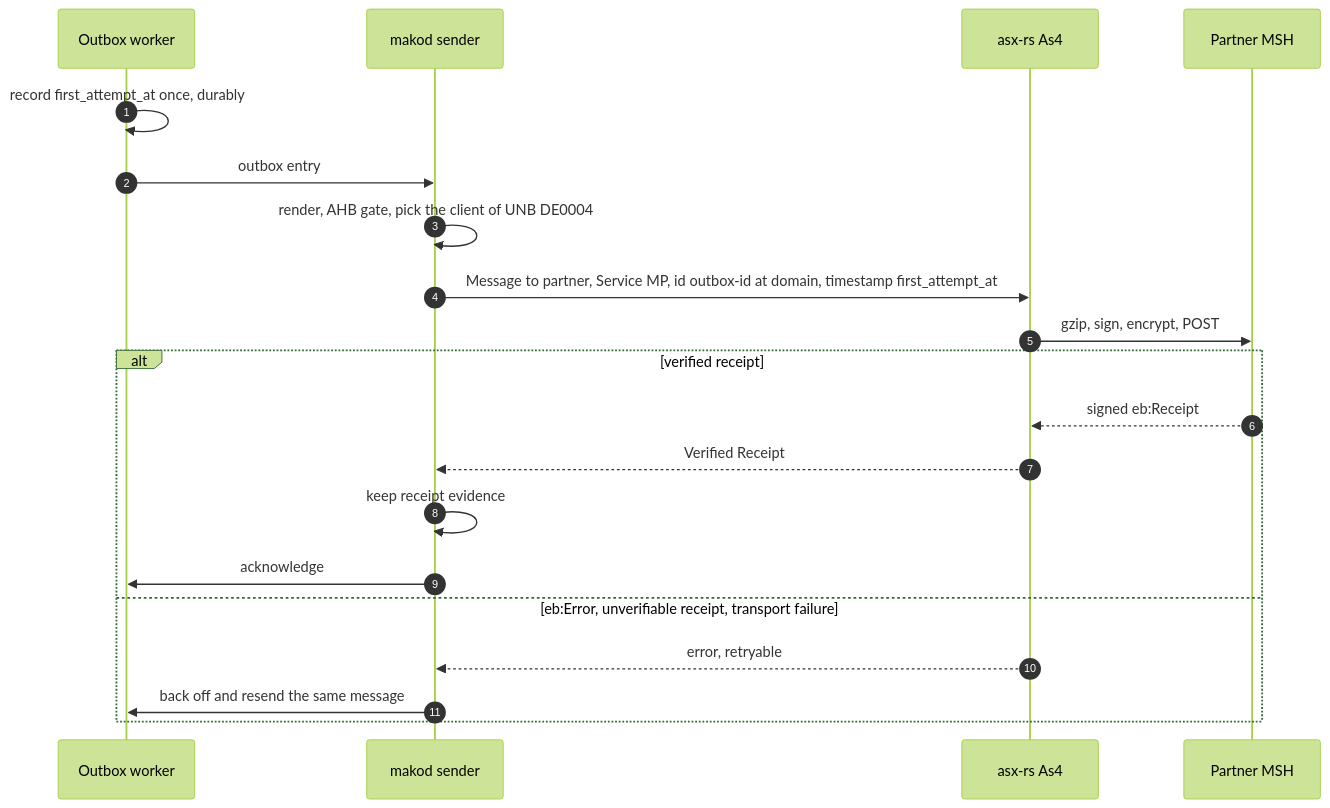
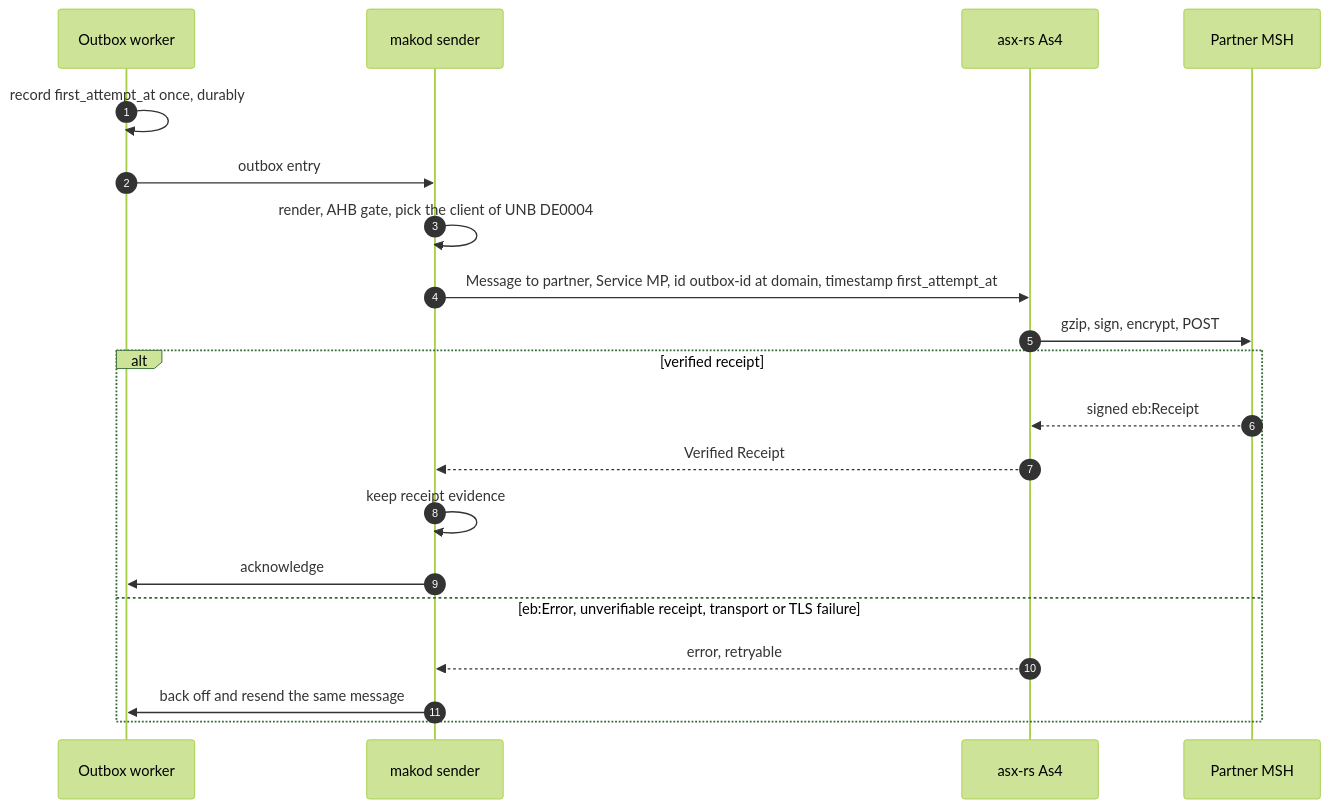
One commit to hupe1980/mako changed the second of 2 diagrams in site/content/docs/reference/as4-bdew.md. Above: the diagram before and after it, drawn with Mermaid (forest theme). The commit also changed other lines of this file and 40 other files, not shown here.

````diff
--- a/site/content/docs/reference/as4-bdew.md
+++ b/site/content/docs/reference/as4-bdew.md
@@ -289,23 +329,23 @@
 ```mermaid
 sequenceDiagram
     autonumber
     participant OB as Outbox worker
     participant S as makod sender
     participant ASX as asx-rs As4
     participant P as Partner MSH
 
     OB->>OB: record first_attempt_at once, durably
     OB->>S: outbox entry
     S->>S: render, AHB gate, pick the client of UNB DE0004
     S->>ASX: Message to partner, Service MP, id outbox-id at domain, timestamp first_attempt_at
     ASX->>P: gzip, sign, encrypt, POST
     alt verified receipt
         P-->>ASX: signed eb:Receipt
         ASX-->>S: Verified Receipt
         S->>S: keep receipt evidence
         S->>OB: acknowledge
-    else eb:Error, unverifiable receipt, transport failure
+    else eb:Error, unverifiable receipt, transport or TLS failure
         ASX-->>S: error, retryable
         S->>OB: back off and resend the same message
     end
 ```
````
